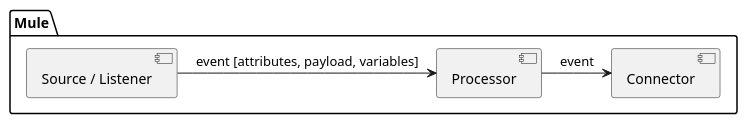
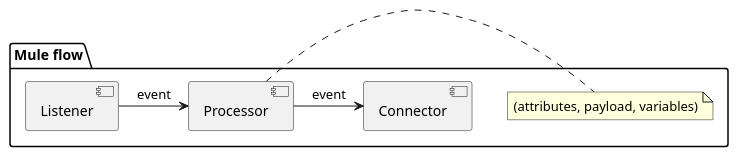
Before and after one commit to faranak-cs/mule-rest-app: the diagram in docs/mule-flow.puml, drawn with PlantUML. The commit also changed 2 other files, not shown here.

```diff
--- a/docs/mule-flow.puml
+++ b/docs/mule-flow.puml
@@ -1,12 +1,13 @@
-@startuml
+@startuml "Mule flow"
 
-package "Mule" {
-  [Source / Listener] as S
+package "Mule flow" {
+  [Listener] as L
   [Processor] as P
+  note right: (attributes, payload, variables)
   [Connector] as C
 }
 
-S -> P : event [attributes, payload, variables]
+L -> P : event 
 P -> C : event
 
 @enduml
```
